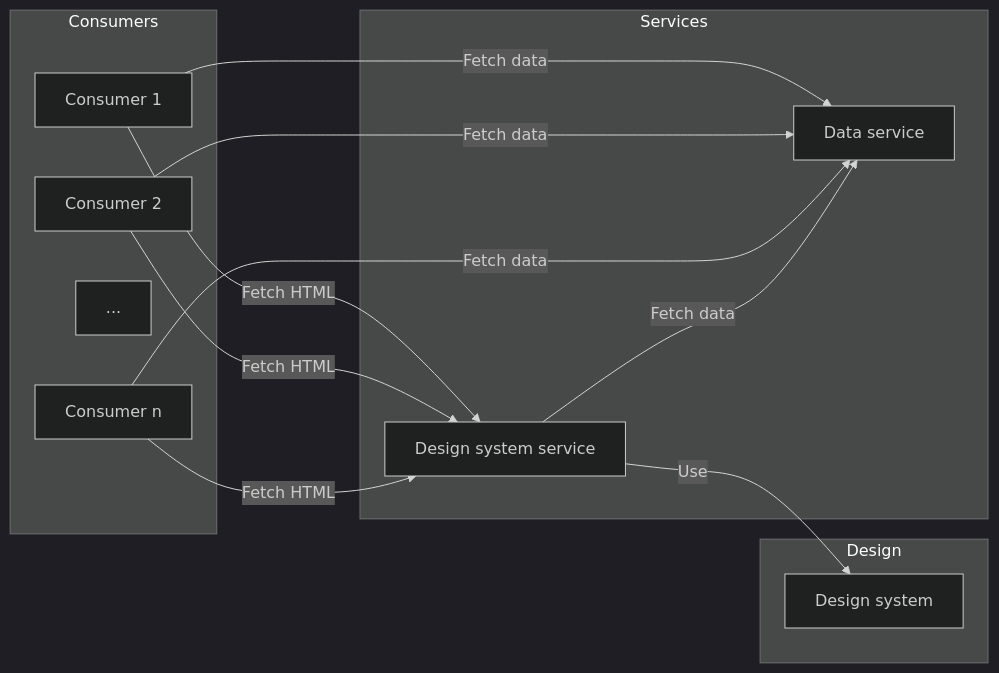
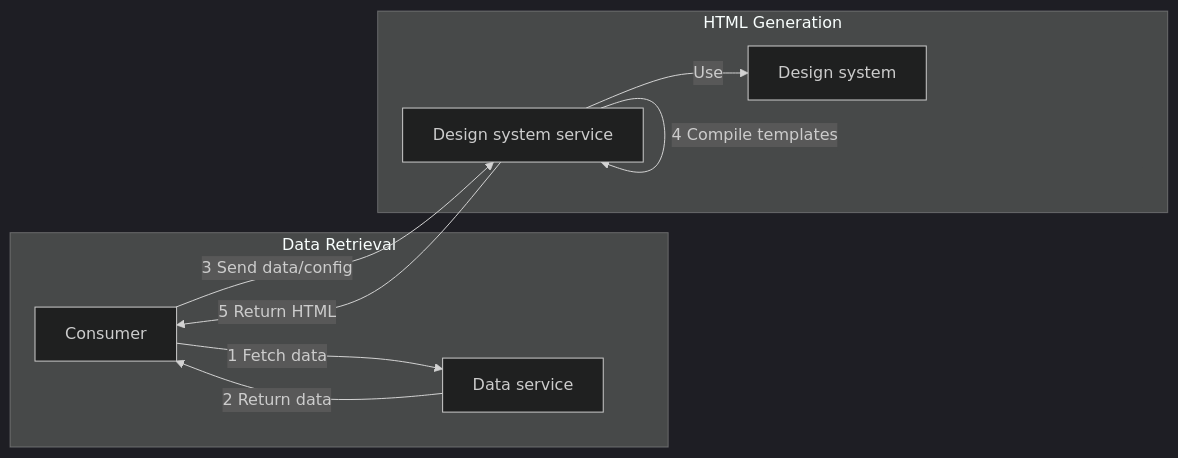
Before and after one commit to matteo-gildone/reimagined-fishstick: the first of 3 diagrams in README.md, drawn with Mermaid (dark theme). The commit also changed other lines of this file, not shown here.

Commit message:
Update diagrams

````diff
--- a/README.md
+++ b/README.md
@@ -3,28 +3,20 @@
 ```mermaid
 graph LR
-  subgraph Consumers
-    A[Consumer 1]
-    B[Consumer 2]
-    C[...]
-    D[Consumer n]
+  subgraph "Data Retrieval"
+    A[Consumer]
+    B[Data service]
   end
 
-  subgraph Services
-    E[Design system service]
-    F[Data service]
+  subgraph "HTML Generation"
+    C[Design system service]
+    D[Design system]
   end
 
-  subgraph Design
-    G[Design system]
-  end
+  A --> |"1 Fetch data"| B
+  B --> |"2 Return data"| A
+  A --> |"3 Send data/config"| C
+  C --> |"4 Compile templates"| C
+  C --> |"5 Return HTML"| A
 
-  A --> |"Fetch HTML"| E
-  A --> |"Fetch data"| F
-  B --> |"Fetch HTML"| E
-  B --> |"Fetch data"| F
-  D --> |"Fetch HTML"| E
-  D --> |"Fetch data"| F
-
-  E --> |"Use"| G
-  E --> |"Fetch data"| F
+  C --> |"Use"| D
 ```
````
